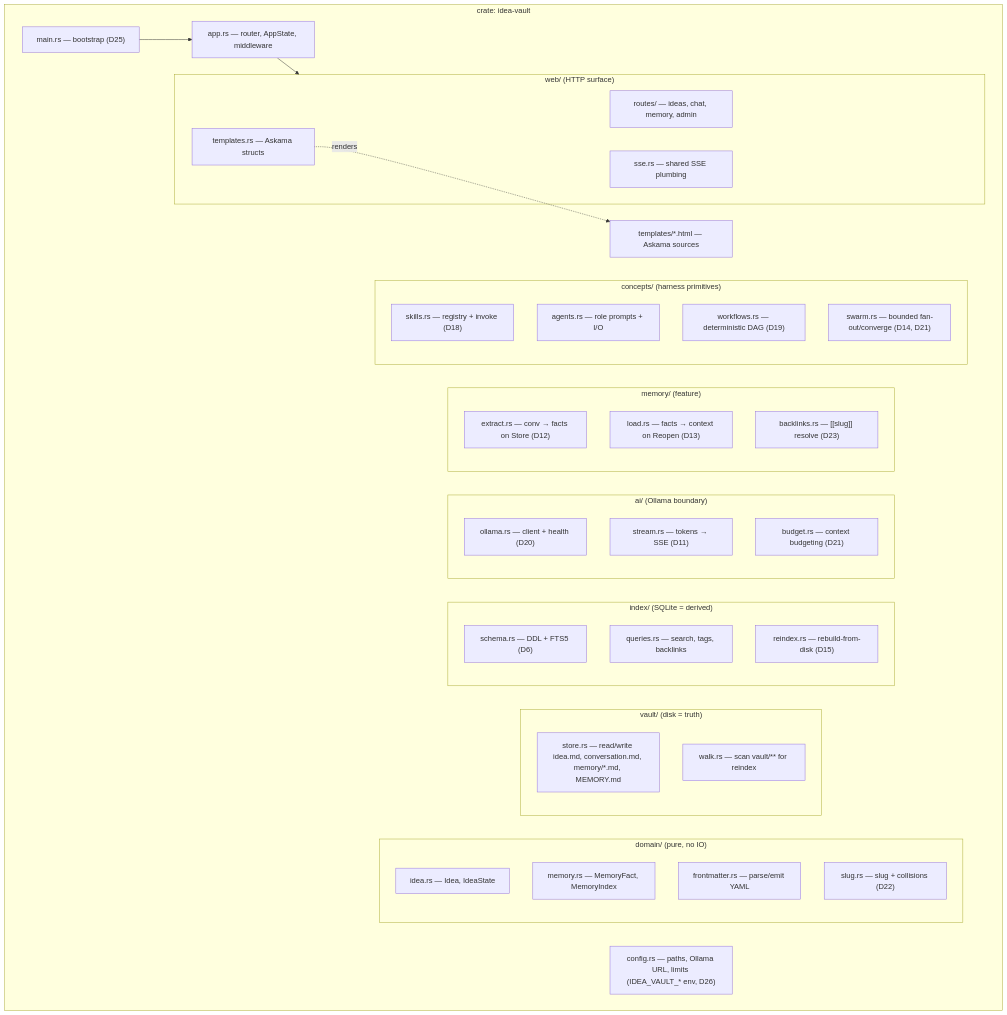
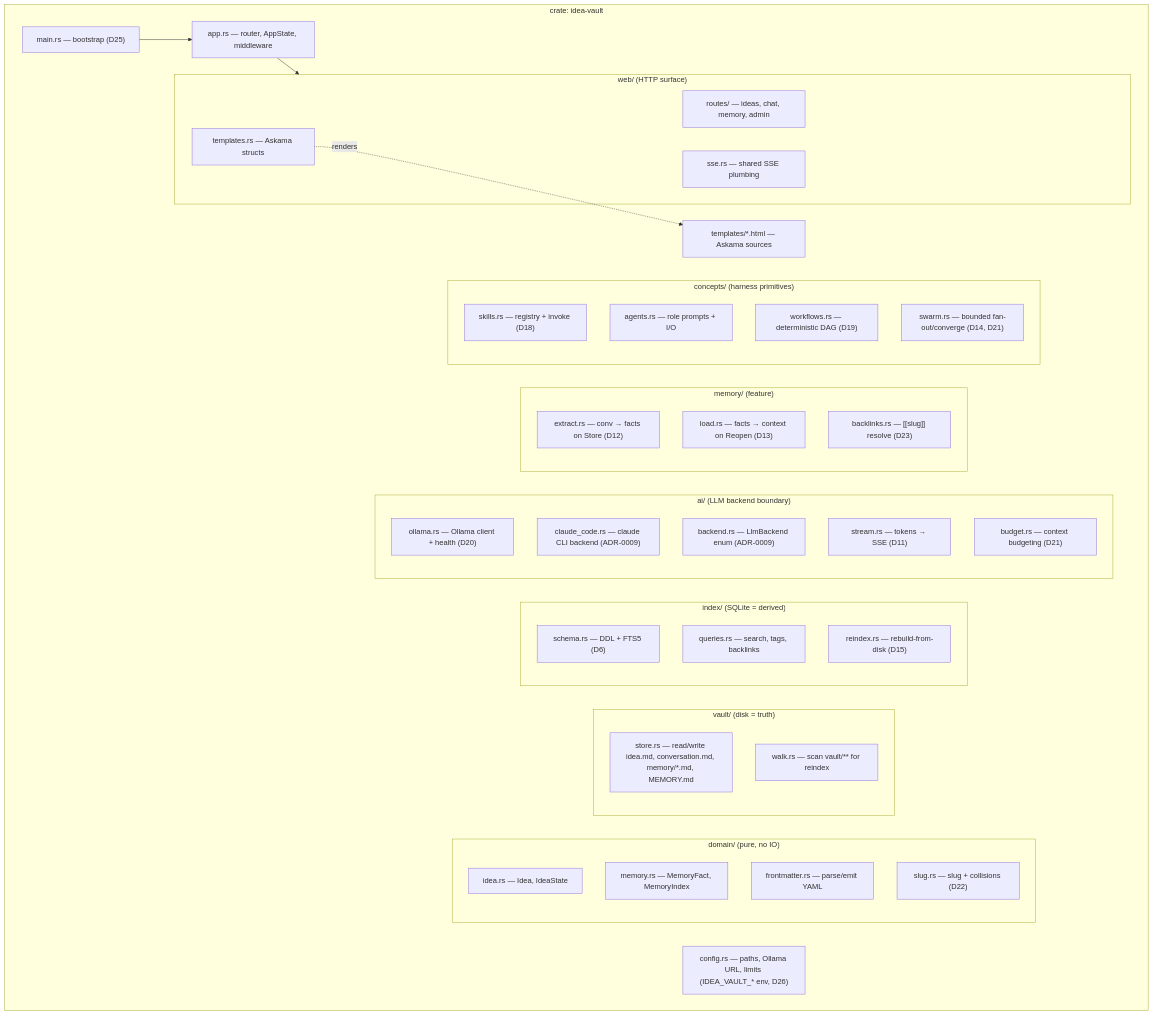
One commit to jasdian/idea-vault changed the first of 2 diagrams in docs/02-module-reference.md. Above: the diagram before and after it, drawn with Mermaid. The commit also changed other lines of this file and 31 other files, not shown here.

First line of the commit message:
feat: pluggable LLM backend (claude-code) + Obsidian importer

````diff
--- a/docs/02-module-reference.md
+++ b/docs/02-module-reference.md
@@ -13,56 +13,58 @@
 ```mermaid
 flowchart TB
     subgraph crate["crate: idea-vault"]
         MAIN["main.rs — bootstrap (D25)"]
         APP["app.rs — router, AppState, middleware"]
         CFG["config.rs — paths, Ollama URL, limits (IDEA_VAULT_* env, D26)"]
 
         subgraph domain["domain/ (pure, no IO)"]
             D_IDEA["idea.rs — Idea, IdeaState"]
             D_MEM["memory.rs — MemoryFact, MemoryIndex"]
             D_FM["frontmatter.rs — parse/emit YAML"]
             D_SLUG["slug.rs — slug + collisions (D22)"]
         end
 
         subgraph vault["vault/ (disk = truth)"]
             V_STORE["store.rs — read/write idea.md, conversation.md, memory/*.md, MEMORY.md"]
             V_WALK["walk.rs — scan vault/** for reindex"]
         end
 
         subgraph index["index/ (SQLite = derived)"]
             I_SCHEMA["schema.rs — DDL + FTS5 (D6)"]
             I_QUERY["queries.rs — search, tags, backlinks"]
             I_REIDX["reindex.rs — rebuild-from-disk (D15)"]
         end
 
-        subgraph ai["ai/ (Ollama boundary)"]
-            A_OLL["ollama.rs — client + health (D20)"]
+        subgraph ai["ai/ (LLM backend boundary)"]
+            A_OLL["ollama.rs — Ollama client + health (D20)"]
+            A_CC["claude_code.rs — claude CLI backend (ADR-0009)"]
+            A_BK["backend.rs — LlmBackend enum (ADR-0009)"]
             A_STREAM["stream.rs — tokens → SSE (D11)"]
             A_BUDGET["budget.rs — context budgeting (D21)"]
         end
 
         subgraph memory["memory/ (feature)"]
             M_EXTRACT["extract.rs — conv → facts on Store (D12)"]
             M_LOAD["load.rs — facts → context on Reopen (D13)"]
             M_BACK["backlinks.rs — [[slug]] resolve (D23)"]
         end
 
         subgraph concepts["concepts/ (harness primitives)"]
             C_SKILL["skills.rs — registry + invoke (D18)"]
             C_AGENT["agents.rs — role prompts + I/O"]
             C_WF["workflows.rs — deterministic DAG (D19)"]
             C_SWARM["swarm.rs — bounded fan-out/converge (D14, D21)"]
         end
 
         subgraph web["web/ (HTTP surface)"]
             W_ROUTES["routes/ — ideas, chat, memory, admin"]
             W_SSE["sse.rs — shared SSE plumbing"]
             W_TMPL["templates.rs — Askama structs"]
         end
 
         TEMPLATES["templates/*.html — Askama sources"]
     end
 
     MAIN --> APP --> web
     W_TMPL -.renders.-> TEMPLATES
 ```
````
